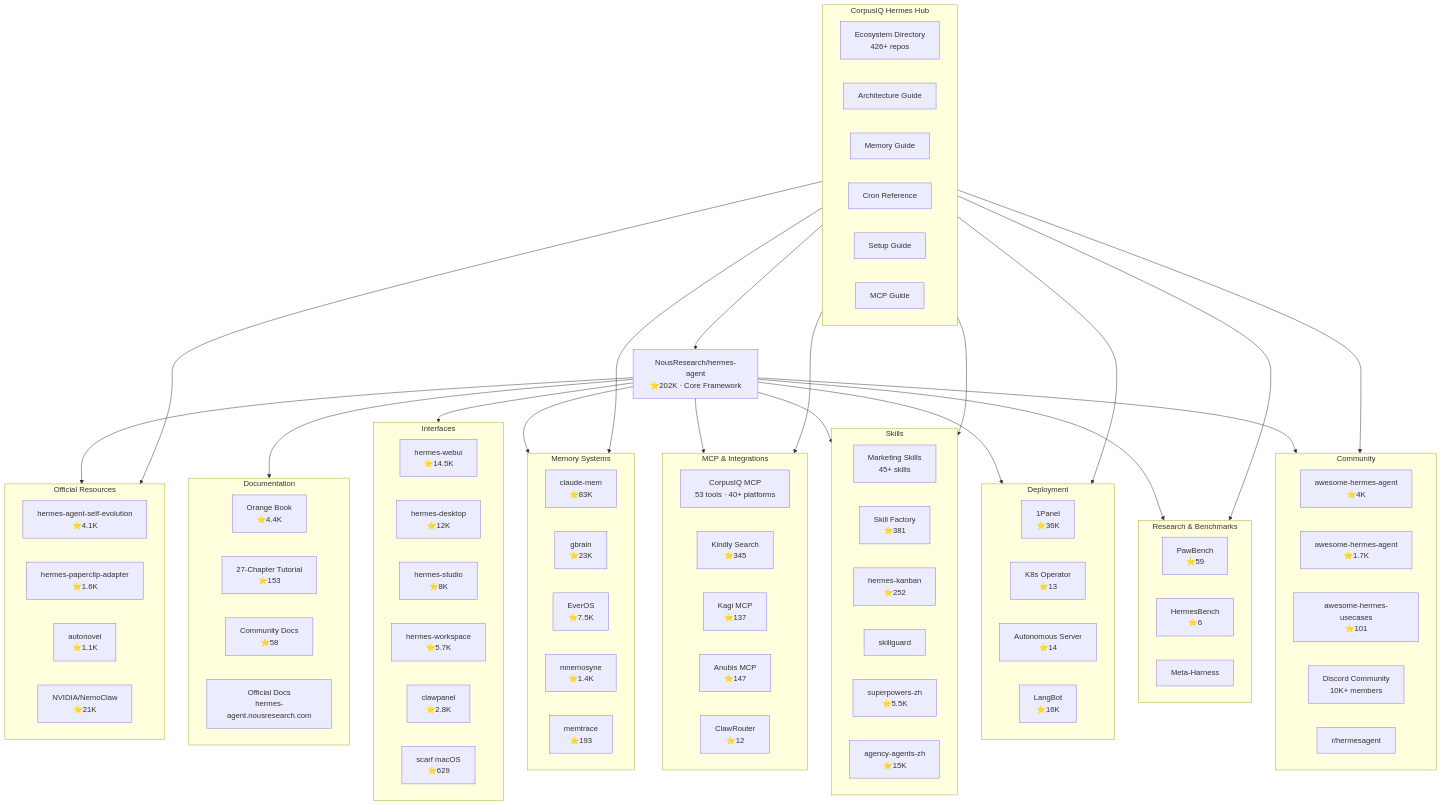
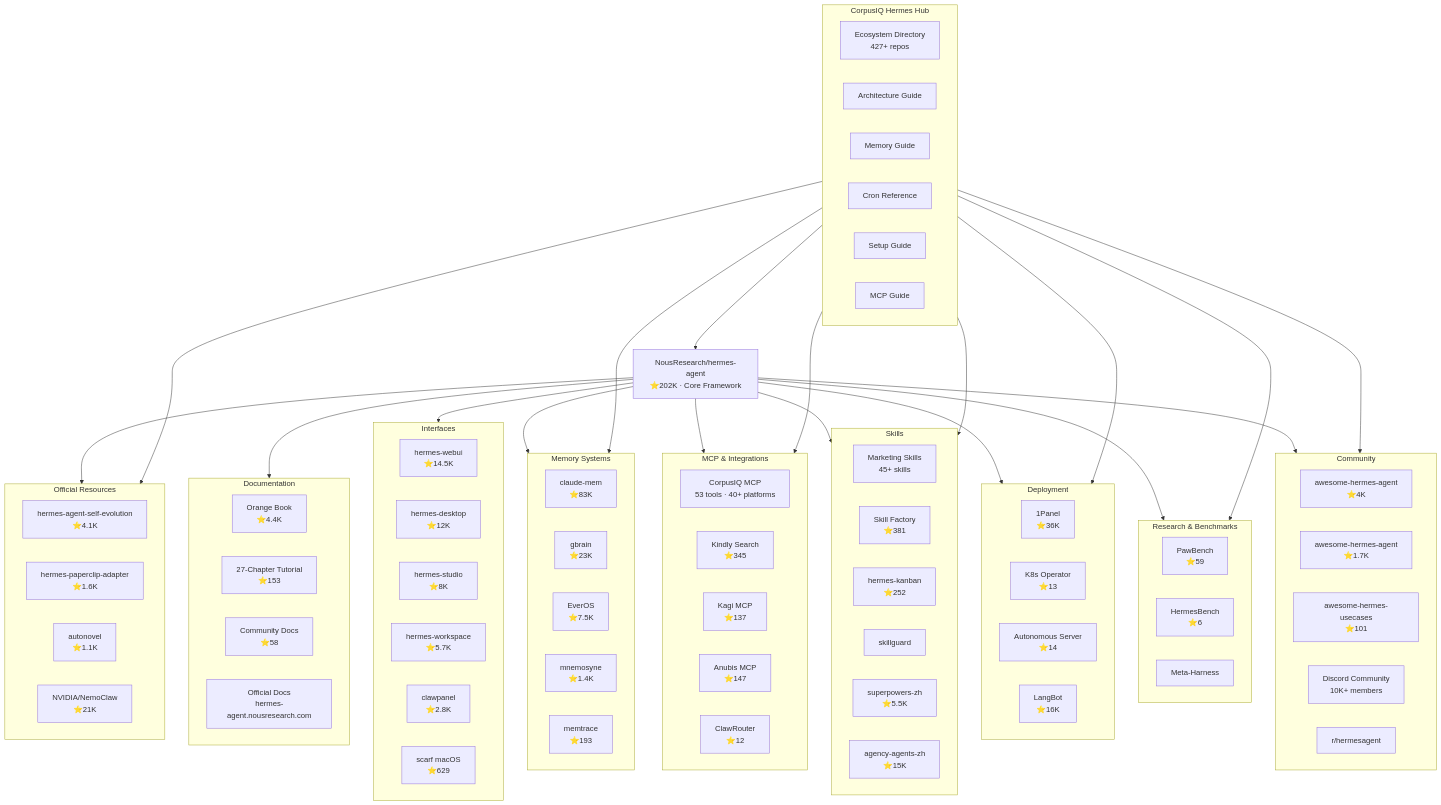
Before and after one commit to CorpusIQ/corpusiq-docs: the first of 4 diagrams in hermes/ecosystem-map.md, drawn with Mermaid. The commit also changed other lines of this file and 7 other files, not shown here.

First line of the commit message:
ecosystem: derive count stamps from the directory after discovery (427 repos, 193 approved)

```diff
--- a/hermes/ecosystem-map.md
+++ b/hermes/ecosystem-map.md
@@ -88,7 +88,7 @@
     end
 
     subgraph CORPUSIQ_HUB[CorpusIQ Hermes Hub]
-        ECOSYSTEM[Ecosystem Directory<br/>426+ repos]
+        ECOSYSTEM[Ecosystem Directory<br/>427+ repos]
         ARCHITECTURE[Architecture Guide]
         KNOWLEDGE[Memory Guide]
         CRONS[Cron Reference]
```
